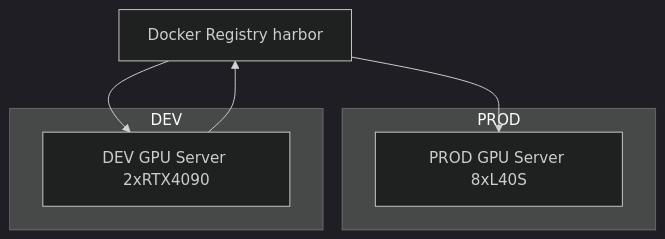
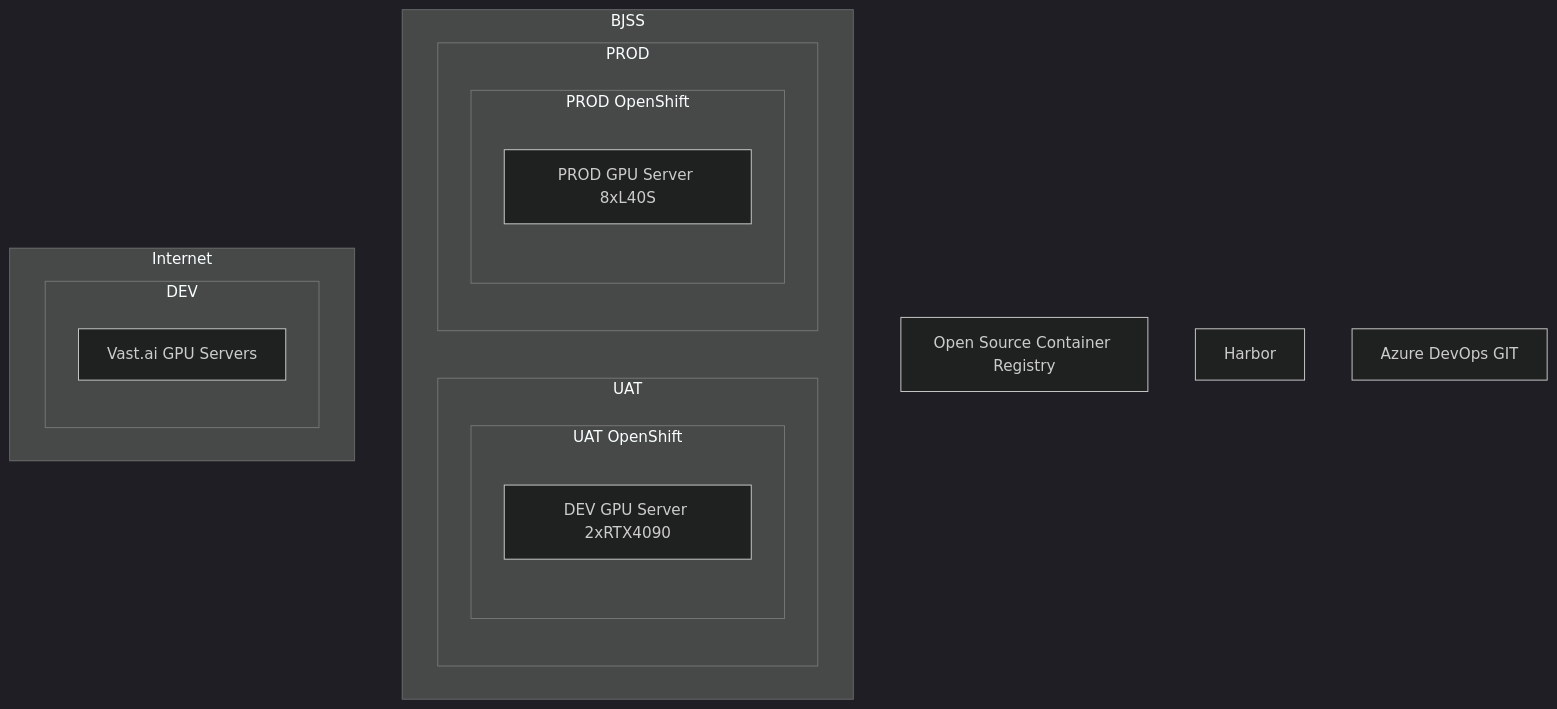
One commit to tim-roethig/ai-platform changed the second of 2 diagrams in README.md. Above: the diagram before and after it, drawn with Mermaid (dark theme).

````diff
--- a/README.md
+++ b/README.md
@@ -63,18 +63,35 @@
 ```mermaid
 graph TD
-    A[Docker Registry harbor]
-    B[DEV GPU Server 2xRTX4090]
-    C[PROD GPU Server 8xL40S]
+    A[Open Source Container Registry]
+    B[Vast.ai GPU Servers]
+    C[Harbor]
+    D[Azure DevOps GIT]
+    E[DEV GPU Server 2xRTX4090]
+    F[PROD GPU Server 8xL40S]
 
-    A --> B
-    B --> A
-    A --> C
+    subgraph UAT_OC[UAT OpenShift]
+        E
+    end
+    subgraph PROD_OC[PROD OpenShift]
+        F
+    end
 
-    subgraph 1[DEV]
+    subgraph DEV[DEV]
         B
     end
-    subgraph 2[PROD]
-        C
+    subgraph UAT[UAT]
+        UAT_OC
+    end
+    subgraph PROD[PROD]
+        PROD_OC
     end
 
+    subgraph BJSS[BJSS]
+        UAT
+        PROD
+    end
+
+    subgraph Internet[Internet]
+        DEV
+    end
 ```
````
